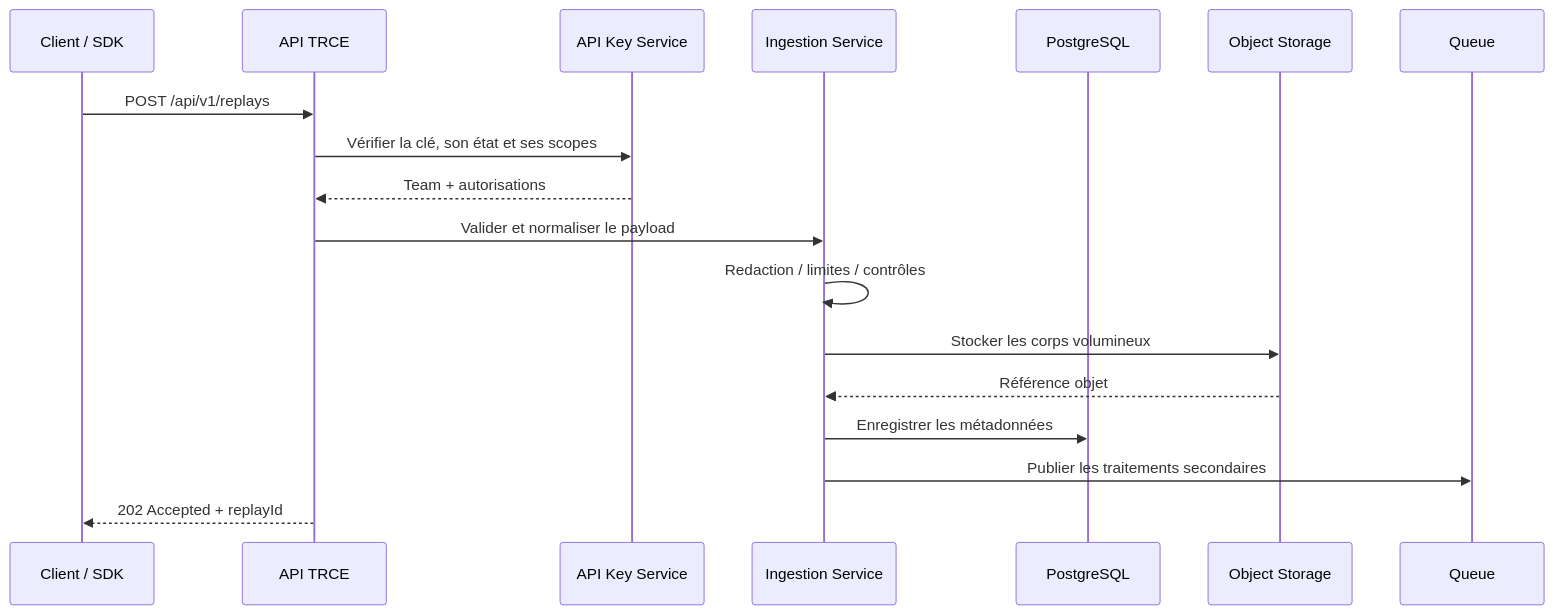
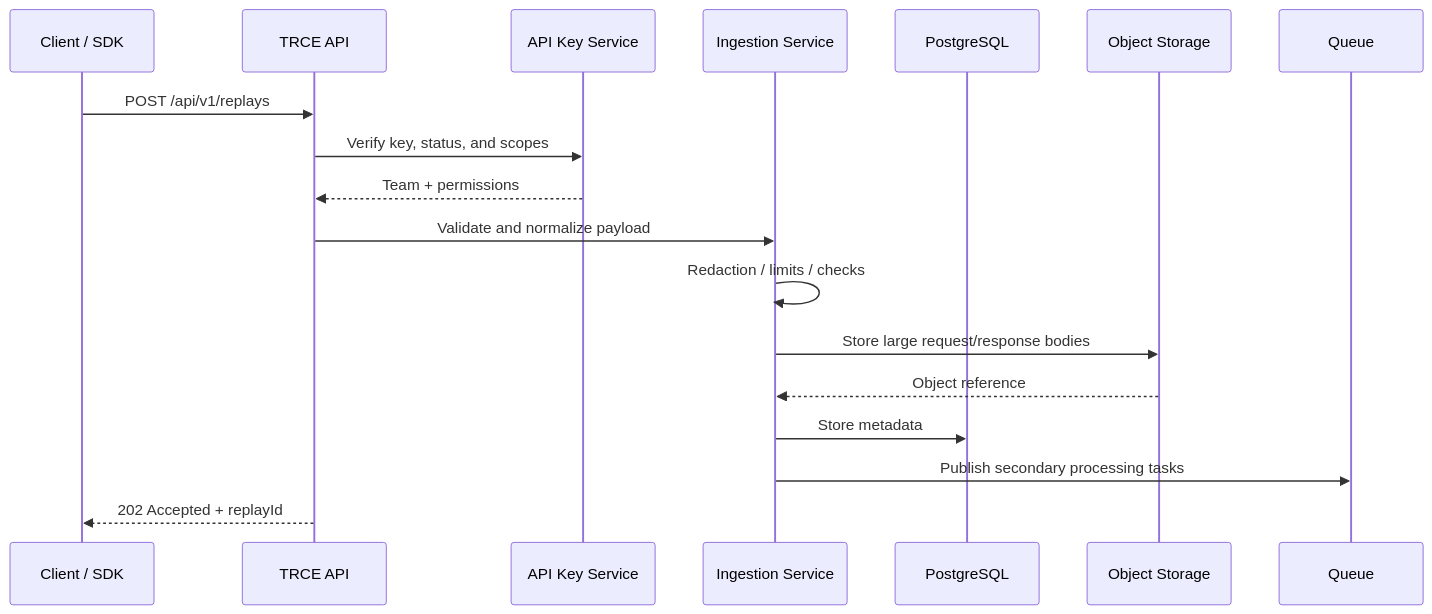
The fourth of 6 diagrams in docs/architecture.md (SLedunois/trce), drawn with Mermaid before and after one commit. The commit also changed other lines of this file and 16 other files, not shown here.

````diff
--- a/docs/architecture.md
+++ b/docs/architecture.md
@@ -237,21 +237,21 @@
 ```mermaid
 sequenceDiagram
     participant Client as Client / SDK
-    participant API as API TRCE
+    participant API as TRCE API
     participant Auth as API Key Service
     participant Ingest as Ingestion Service
     participant DB as PostgreSQL
     participant Obj as Object Storage
     participant Q as Queue
 
     Client->>API: POST /api/v1/replays
-    API->>Auth: Vérifier la clé, son état et ses scopes
-    Auth-->>API: Team + autorisations
-    API->>Ingest: Valider et normaliser le payload
-    Ingest->>Ingest: Redaction / limites / contrôles
-    Ingest->>Obj: Stocker les corps volumineux
-    Obj-->>Ingest: Référence objet
-    Ingest->>DB: Enregistrer les métadonnées
-    Ingest->>Q: Publier les traitements secondaires
+    API->>Auth: Verify key, status, and scopes
+    Auth-->>API: Team + permissions
+    API->>Ingest: Validate and normalize payload
+    Ingest->>Ingest: Redaction / limits / checks
+    Ingest->>Obj: Store large request/response bodies
+    Obj-->>Ingest: Object reference
+    Ingest->>DB: Store metadata
+    Ingest->>Q: Publish secondary processing tasks
     API-->>Client: 202 Accepted + replayId
 ```
````
